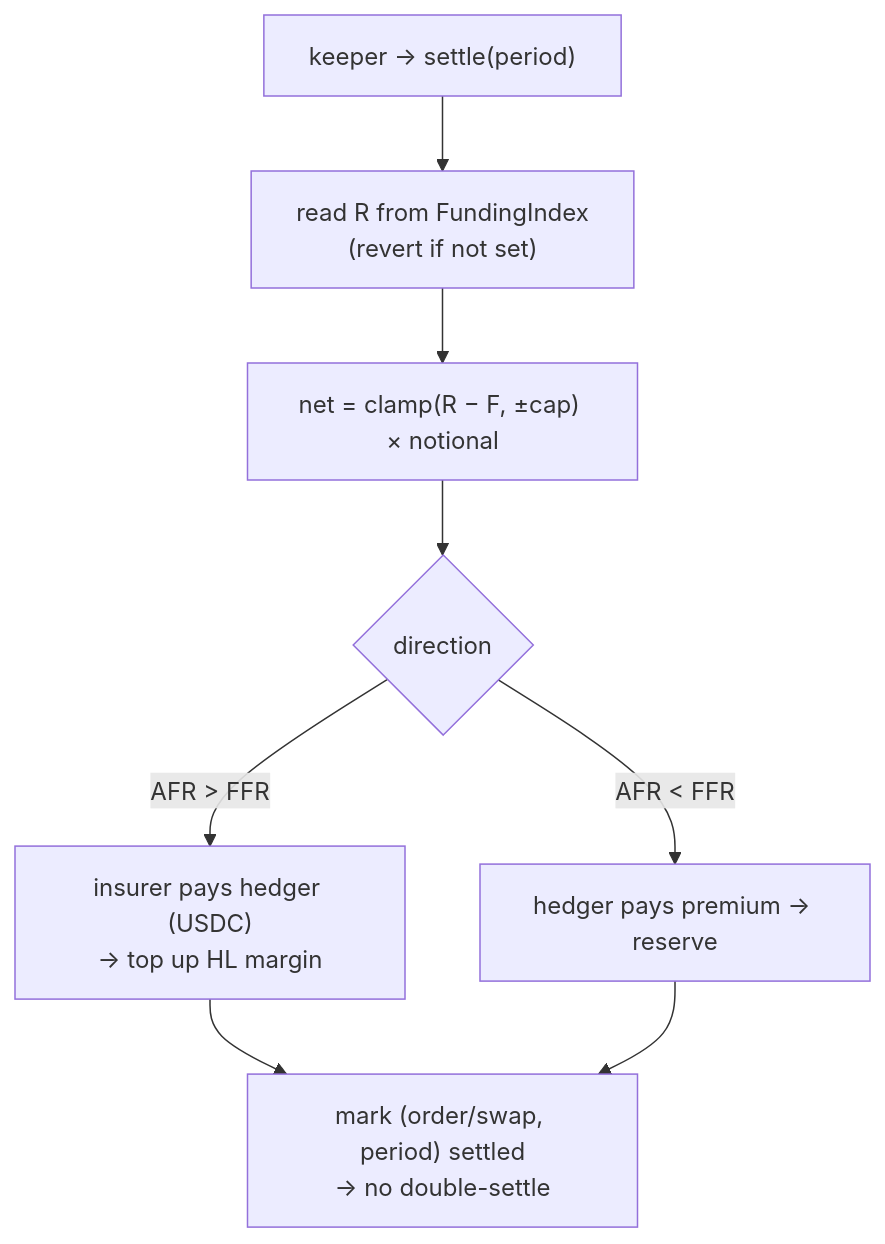
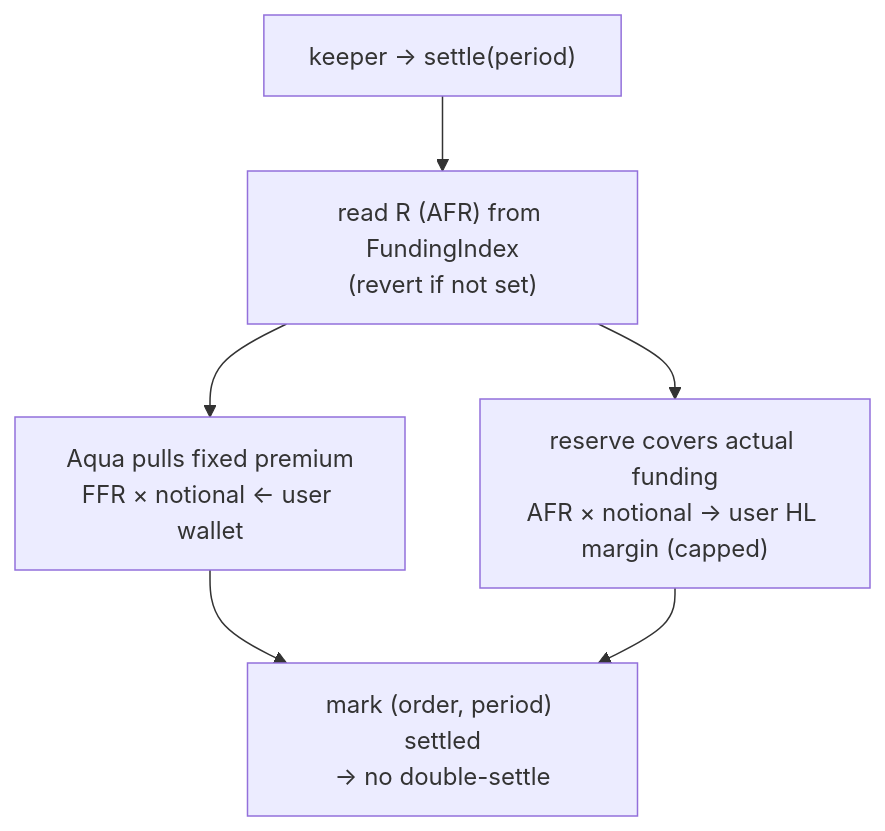
The third of 3 diagrams in docs/flows.md (0xYudhishthra/TenorFi), drawn with Mermaid before and after one commit. The commit also changed other lines of this file and 6 other files, not shown here.

````diff
--- a/docs/flows.md
+++ b/docs/flows.md
@@ -147,10 +155,8 @@
 ```mermaid
 flowchart TB
-    KEEPER["keeper → settle(period)"] --> READ["read R from FundingIndex<br/>(revert if not set)"]
-    READ --> NET["net = clamp(R − F, ±cap) × notional"]
-    NET --> DIR{"direction"}
-    DIR -->|"AFR > FFR"| PAY["insurer pays hedger (USDC)<br/>→ top up HL margin"]
-    DIR -->|"AFR < FFR"| PREM["hedger pays premium → reserve"]
-    PAY --> MARK["mark (order/swap, period) settled<br/>→ no double-settle"]
-    PREM --> MARK
+    KEEPER["keeper → settle(period)"] --> READ["read R (AFR) from FundingIndex<br/>(revert if not set)"]
+    READ --> PULL["Aqua pulls fixed premium<br/>FFR × notional ← user wallet"]
+    READ --> COVER["reserve covers actual funding<br/>AFR × notional → user HL margin (capped)"]
+    PULL --> MARK["mark (order, period) settled<br/>→ no double-settle"]
+    COVER --> MARK
 ```
````
